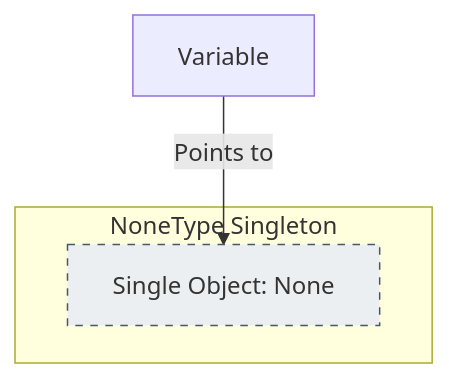
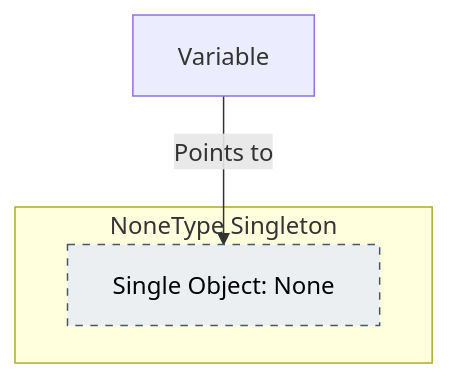
One commit to AyushSingh360/my-python-notebook changed the second of 4 diagrams in 02_Data_Types_and_Operators/README.md. Above: the diagram before and after it, drawn with Mermaid. The commit also changed other lines of this file and 2 other files, not shown here.

````diff
--- a/02_Data_Types_and_Operators/README.md
+++ b/02_Data_Types_and_Operators/README.md
@@ -70,8 +70,8 @@
 ```mermaid
 graph TD
     Var["Variable"] -- "Points to" --> N["Single Object: None"]
     subgraph "NoneType Singleton"
     N
     end
-    style N fill:#eceff1,stroke:#455a64,stroke-dasharray: 5 5
+    style N fill:#eceff1,stroke:#455a64,stroke-dasharray: 5 5,color:#000
 ```
````
